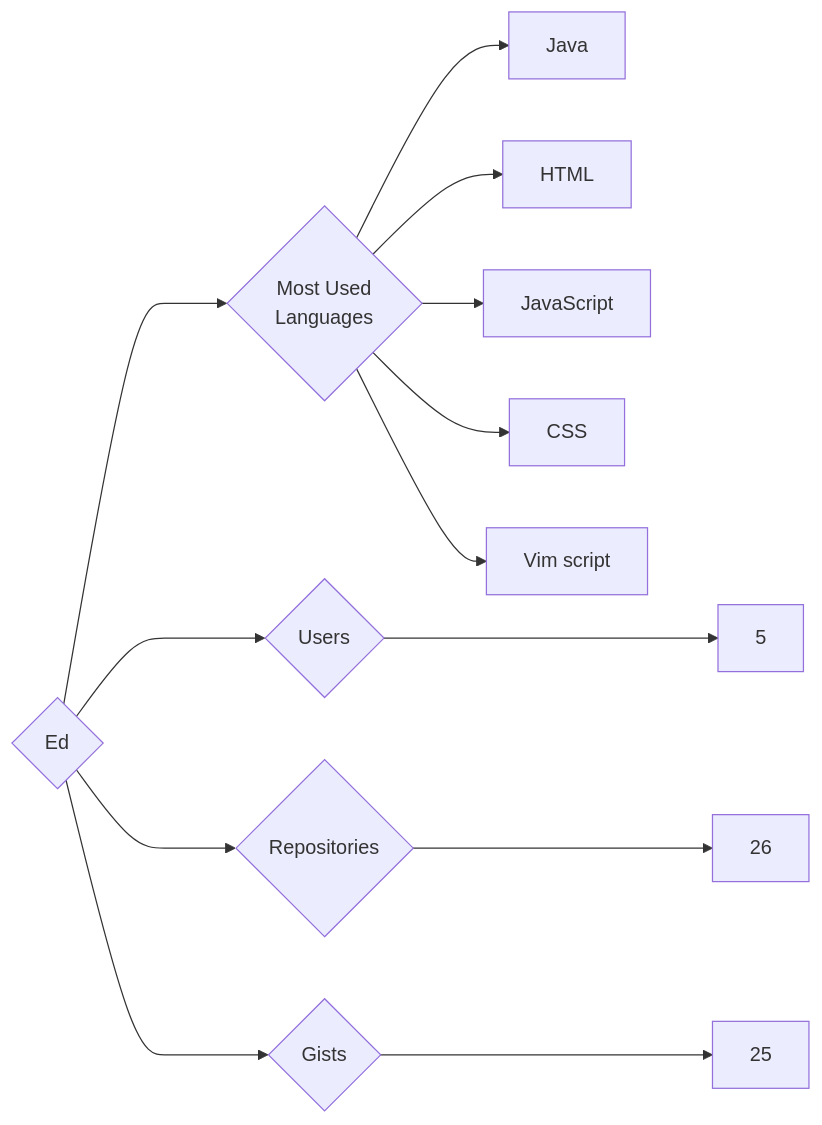
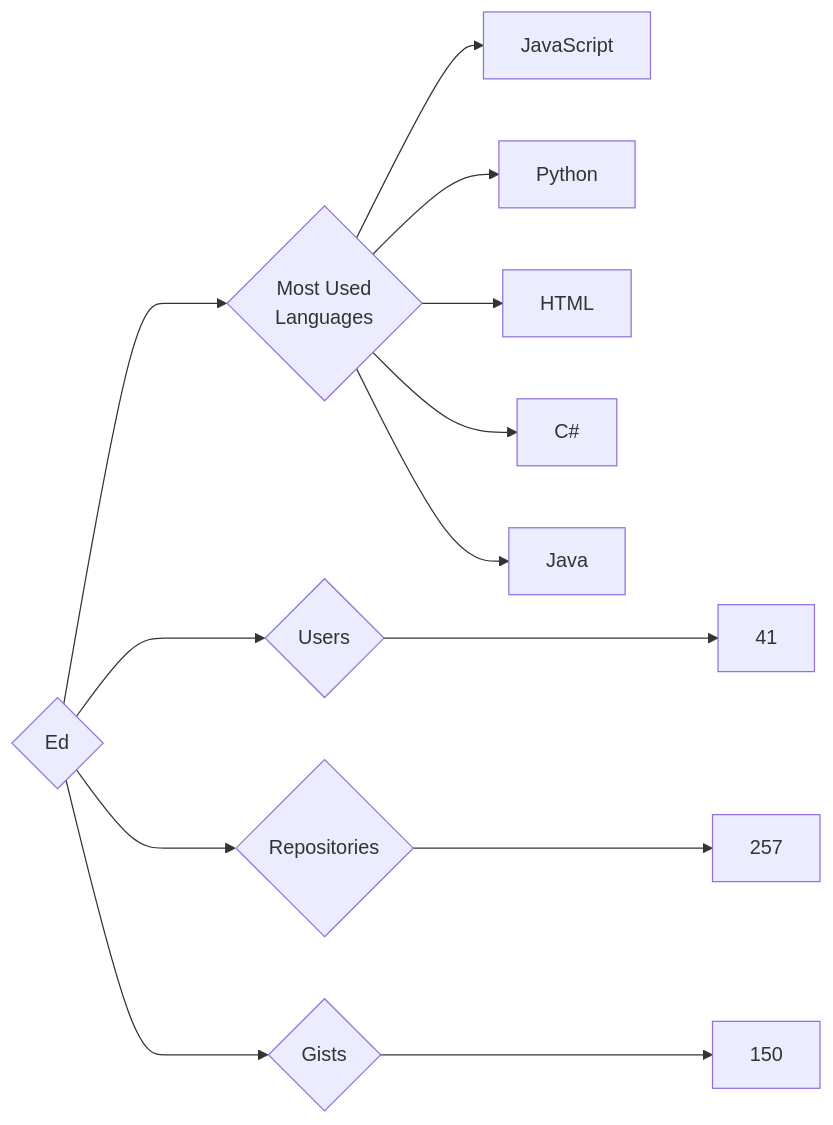
Before and after one commit to trickest/insiders: the diagram in targets/Ed/README.md, drawn with Mermaid. The commit also changed 895 other files, not shown here.

````diff
--- a/targets/Ed/README.md
+++ b/targets/Ed/README.md
@@ -3,13 +3,13 @@
 ```mermaid
 graph LR
 COMPANY_NAME{Ed}
-COMPANY_NAME ---> U{Users} ---> UN[5]
-COMPANY_NAME ---> R{Repositories} ---> RN[26]
-COMPANY_NAME ---> G{Gists} ---> GN[25]
+COMPANY_NAME ---> U{Users} ---> UN[41]
+COMPANY_NAME ---> R{Repositories} ---> RN[257]
+COMPANY_NAME ---> G{Gists} ---> GN[150]
 COMPANY_NAME ---> ML{Most Used<br>Languages}
+ML --> JavaScript[JavaScript]
+ML --> Python[Python]
+ML --> HTML[HTML]
+ML --> C#[C#]
 ML --> Java[Java]
-ML --> HTML[HTML]
-ML --> JavaScript[JavaScript]
-ML --> CSS[CSS]
-ML --> Vim_script[Vim script]
 ```
````
